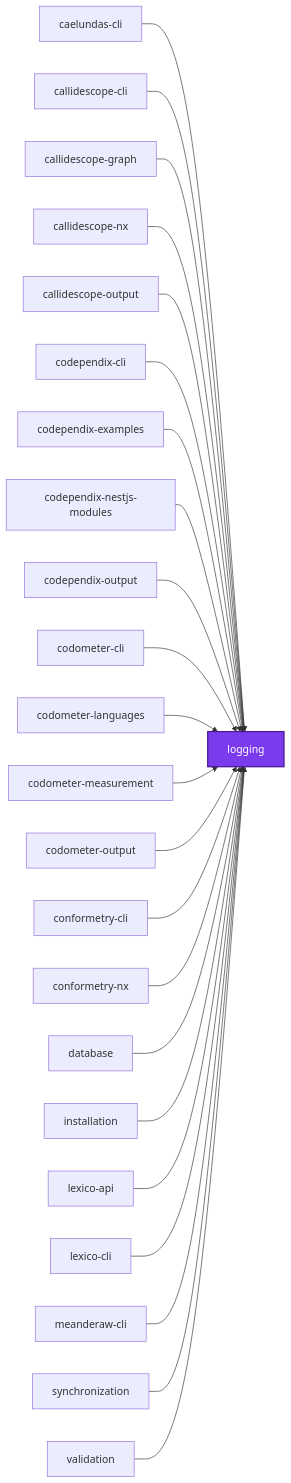
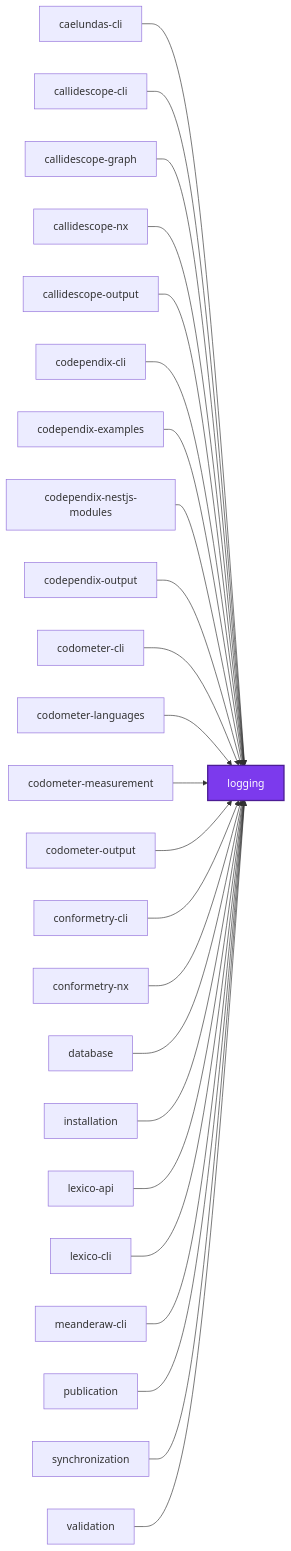
Before and after one commit to organizzolini/codebase: the first of 3 diagrams in projects/logging/README.md, drawn with Mermaid. The commit also changed 62 other files, not shown here.

````diff
--- a/projects/logging/README.md
+++ b/projects/logging/README.md
@@ -136,50 +136,52 @@
 ```mermaid
 graph LR
   caelundas_cli["caelundas-cli"]
   callidescope_cli["callidescope-cli"]
   callidescope_graph["callidescope-graph"]
   callidescope_nx["callidescope-nx"]
   callidescope_output["callidescope-output"]
   codependix_cli["codependix-cli"]
   codependix_examples["codependix-examples"]
   codependix_nestjs_modules["codependix-nestjs-modules"]
   codependix_output["codependix-output"]
   codometer_cli["codometer-cli"]
   codometer_languages["codometer-languages"]
   codometer_measurement["codometer-measurement"]
   codometer_output["codometer-output"]
   conformetry_cli["conformetry-cli"]
   conformetry_nx["conformetry-nx"]
   database["database"]
   installation["installation"]
   lexico_api["lexico-api"]
   lexico_cli["lexico-cli"]
   logging["logging"]
   meanderaw_cli["meanderaw-cli"]
+  publication["publication"]
   synchronization["synchronization"]
   validation["validation"]
   caelundas_cli --> logging
   callidescope_cli --> logging
   callidescope_graph --> logging
   callidescope_nx --> logging
   callidescope_output --> logging
   codependix_cli --> logging
   codependix_examples --> logging
   codependix_nestjs_modules --> logging
   codependix_output --> logging
   codometer_cli --> logging
   codometer_languages --> logging
   codometer_measurement --> logging
   codometer_output --> logging
   conformetry_cli --> logging
   conformetry_nx --> logging
   database --> logging
   installation --> logging
   lexico_api --> logging
   lexico_cli --> logging
   meanderaw_cli --> logging
+  publication --> logging
   synchronization --> logging
   validation --> logging
   classDef subject fill:#7c3aed,color:#fff,stroke:#4c1d95,stroke-width:2px
   class logging subject
 ```
````
